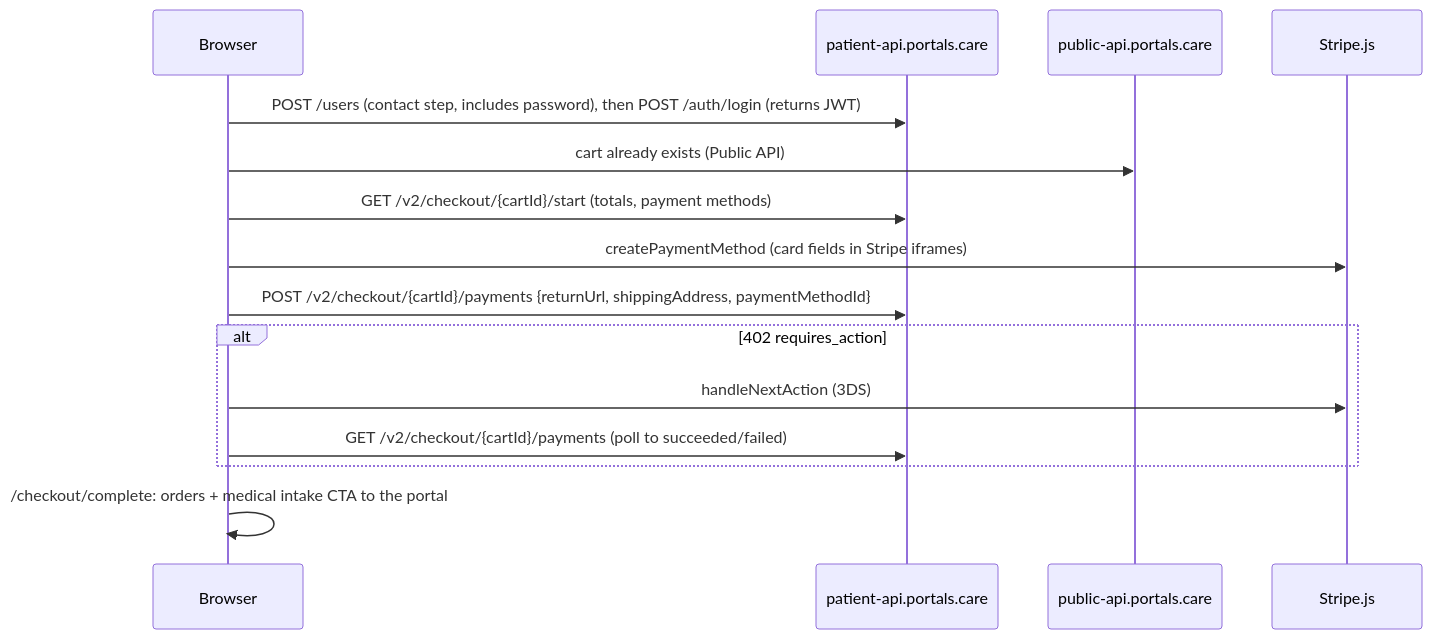
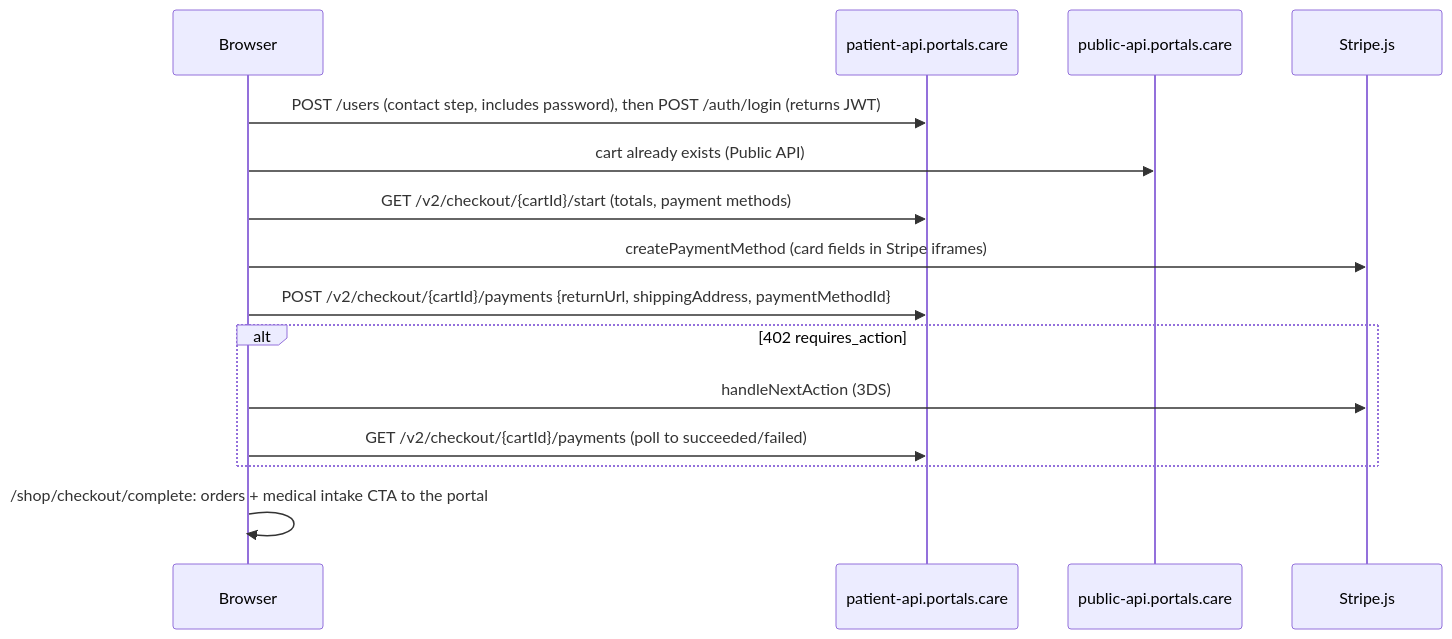
Before and after one commit to Joice-Health/Joice: the second of 2 diagrams in docs/shop/01-commerce.md, drawn with Mermaid. The commit also changed other lines of this file and 7 other files, not shown here.

````diff
--- a/docs/shop/01-commerce.md
+++ b/docs/shop/01-commerce.md
@@ -133,17 +136,17 @@
 ```mermaid
 sequenceDiagram
     participant B as Browser
     participant P as patient-api.portals.care
     participant PU as public-api.portals.care
     participant S as Stripe.js
     B->>P: POST /users (contact step, includes password), then POST /auth/login (returns JWT)
     B->>PU: cart already exists (Public API)
     B->>P: GET /v2/checkout/{cartId}/start (totals, payment methods)
     B->>S: createPaymentMethod (card fields in Stripe iframes)
     B->>P: POST /v2/checkout/{cartId}/payments {returnUrl, shippingAddress, paymentMethodId}
     alt 402 requires_action
         B->>S: handleNextAction (3DS)
         B->>P: GET /v2/checkout/{cartId}/payments (poll to succeeded/failed)
     end
-    B->>B: /checkout/complete: orders + medical intake CTA to the portal
+    B->>B: /shop/checkout/complete: orders + medical intake CTA to the portal
 ```
````
